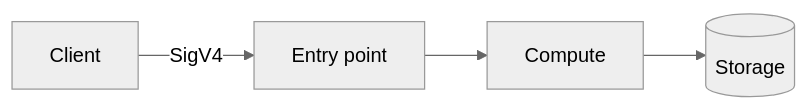
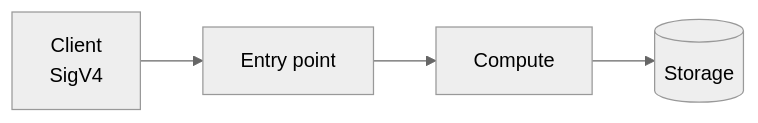
Before and after one commit to TareDevarsh/AWS-cloudformation-projects: the diagram in _template/README.md, drawn with Mermaid (neutral theme). The commit also changed other lines of this file and 12 other files, not shown here.

````diff
--- a/_template/README.md
+++ b/_template/README.md
@@ -28,6 +28,6 @@
 ```mermaid
 flowchart LR
-    Client -->|SigV4| Entry[Entry point]
+    Client[Client<br/>SigV4] --> Entry[Entry point]
     Entry --> Compute[Compute]
     Compute --> Store[(Storage)]
 ```
````
